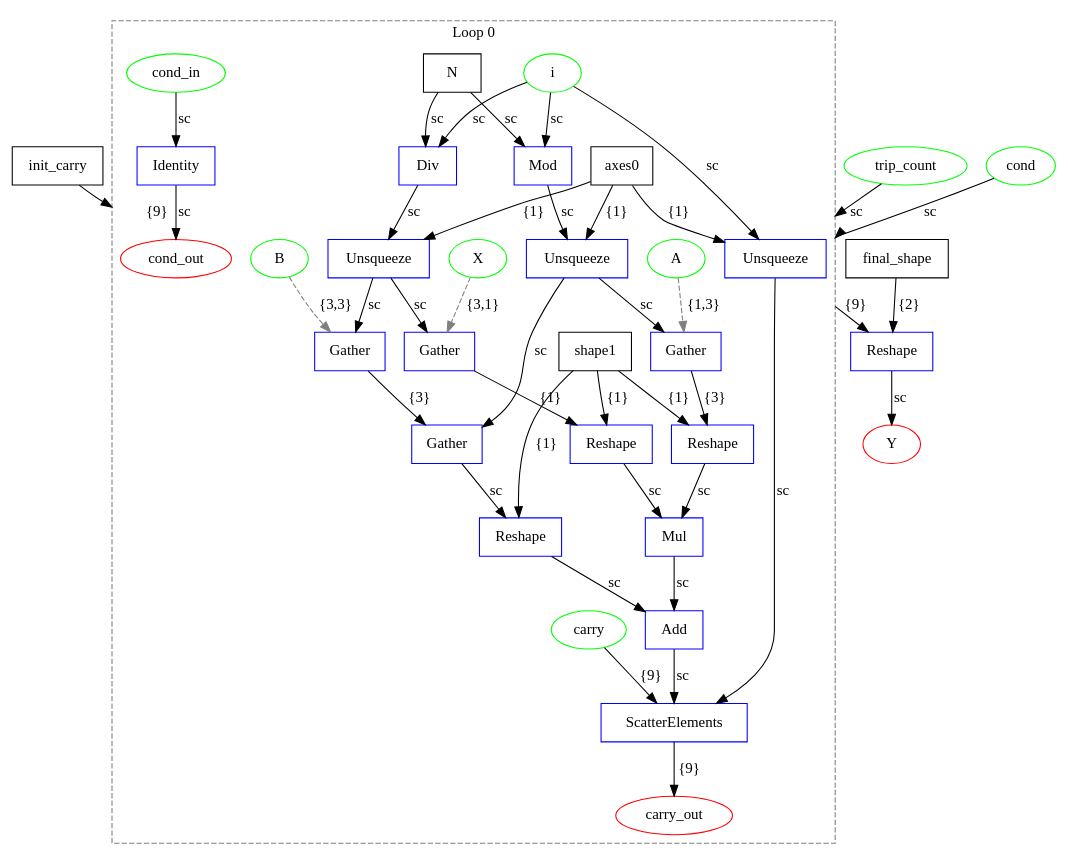
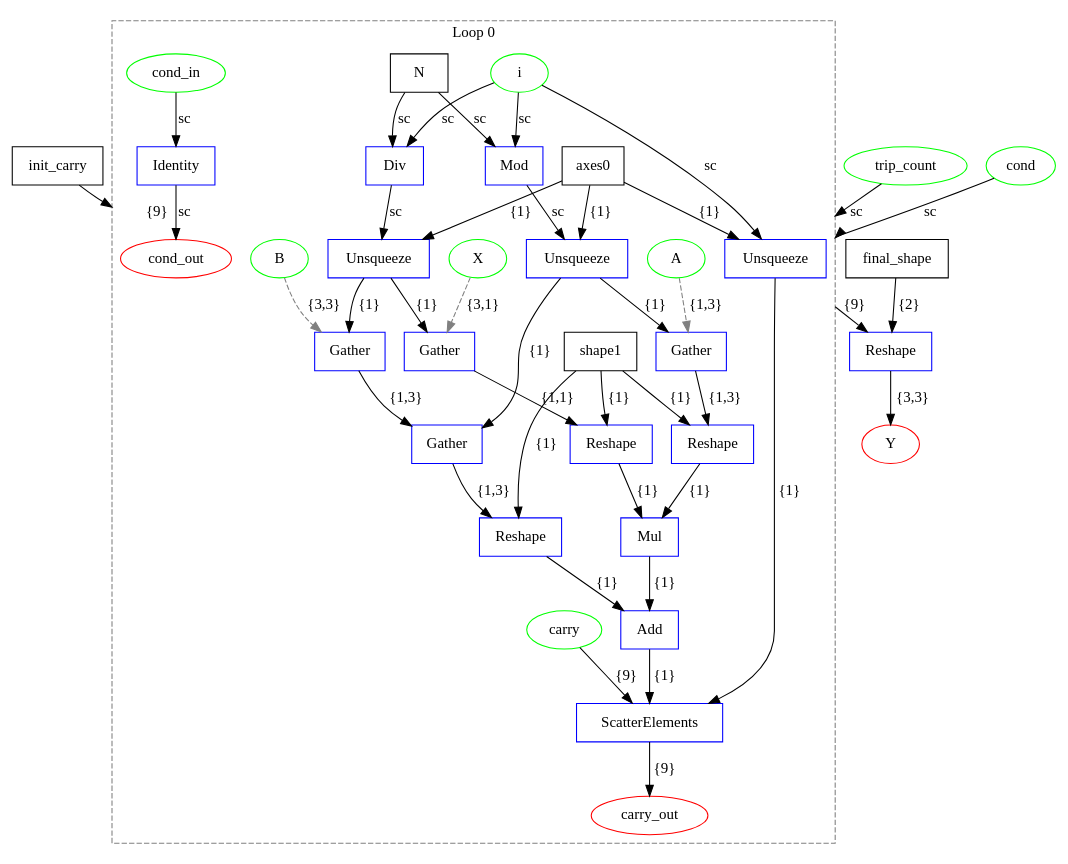
Before and after one commit to specs-feup/onnx-flow: the diagram in examples/onnx/matmul_add_decomposed.dot, drawn with Graphviz. The commit also changed 288 other files, not shown here.

```diff
--- a/examples/onnx/matmul_add_decomposed.dot
+++ b/examples/onnx/matmul_add_decomposed.dot
@@ -1,83 +1,83 @@
 digraph {
   graph [compound=true];
   init_carry [label=init_carry shape=box];
   final_shape [label=final_shape shape=box];
   X [label=X shape=ellipse color="#00FF00"];
   A [label=A shape=ellipse color="#00FF00"];
   B [label=B shape=ellipse color="#00FF00"];
   trip_count [label=trip_count shape=ellipse color="#00FF00"];
   cond [label=cond shape=ellipse color="#00FF00"];
   Y [label=Y shape=ellipse color="#FF0000"];
   subgraph cluster_loop_0 {
     graph [rankdir=LR compound=true];
     loop0_axes0 [label=axes0 shape=box];
     loop0_N [label=N shape=box];
     loop0_shape1 [label=shape1 shape=box];
     loop0_i [label=i shape=ellipse color="#00FF00"];
     loop0_cond_in [label=cond_in shape=ellipse color="#00FF00"];
     loop0_carry [label=carry shape=ellipse color="#00FF00"];
     loop0_cond_out [label=cond_out shape=ellipse color="#FF0000"];
     loop0_carry_out [label=carry_out shape=ellipse color="#FF0000"];
     loop0_0 [label=Unsqueeze shape=box color="#0000FF"];
-    loop0_0 -> loop0_14 [label=sc];
+    loop0_0 -> loop0_14 [label="{1}"];
     loop0_1 [label=Div shape=box color="#0000FF"];
     loop0_1 -> loop0_3 [label=sc];
     loop0_2 [label=Mod shape=box color="#0000FF"];
     loop0_2 -> loop0_4 [label=sc];
     loop0_3 [label=Unsqueeze shape=box color="#0000FF"];
-    loop0_3 -> loop0_5 [label=sc];
-    loop0_3 -> loop0_10 [label=sc];
+    loop0_3 -> loop0_5 [label="{1}"];
+    loop0_3 -> loop0_10 [label="{1}"];
     loop0_4 [label=Unsqueeze shape=box color="#0000FF"];
-    loop0_4 -> loop0_7 [label=sc];
-    loop0_4 -> loop0_11 [label=sc];
+    loop0_4 -> loop0_7 [label="{1}"];
+    loop0_4 -> loop0_11 [label="{1}"];
     loop0_5 [label=Gather shape=box color="#0000FF"];
-    loop0_5 -> loop0_6 [label="{1}"];
+    loop0_5 -> loop0_6 [label="{1,1}"];
     loop0_6 [label=Reshape shape=box color="#0000FF"];
-    loop0_6 -> loop0_9 [label=sc];
+    loop0_6 -> loop0_9 [label="{1}"];
     loop0_7 [label=Gather shape=box color="#0000FF"];
-    loop0_7 -> loop0_8 [label="{3}"];
+    loop0_7 -> loop0_8 [label="{1,3}"];
     loop0_8 [label=Reshape shape=box color="#0000FF"];
-    loop0_8 -> loop0_9 [label=sc];
+    loop0_8 -> loop0_9 [label="{1}"];
     loop0_9 [label=Mul shape=box color="#0000FF"];
-    loop0_9 -> loop0_13 [label=sc];
+    loop0_9 -> loop0_13 [label="{1}"];
     loop0_10 [label=Gather shape=box color="#0000FF"];
-    loop0_10 -> loop0_11 [label="{3}"];
+    loop0_10 -> loop0_11 [label="{1,3}"];
     loop0_11 [label=Gather shape=box color="#0000FF"];
-    loop0_11 -> loop0_12 [label=sc];
+    loop0_11 -> loop0_12 [label="{1,3}"];
     loop0_12 [label=Reshape shape=box color="#0000FF"];
-    loop0_12 -> loop0_13 [label=sc];
+    loop0_12 -> loop0_13 [label="{1}"];
     loop0_13 [label=Add shape=box color="#0000FF"];
-    loop0_13 -> loop0_14 [label=sc];
+    loop0_13 -> loop0_14 [label="{1}"];
     loop0_14 [label=ScatterElements shape=box color="#0000FF"];
     loop0_15 [label=Identity shape=box color="#0000FF"];
     loop0_i -> loop0_0 [label=sc];
     loop0_axes0 -> loop0_0 [label="{1}"];
     loop0_14 -> loop0_carry_out [label="{9}"];
     loop0_i -> loop0_1 [label=sc];
     loop0_N -> loop0_1 [label=sc];
     loop0_i -> loop0_2 [label=sc];
     loop0_N -> loop0_2 [label=sc];
     loop0_axes0 -> loop0_3 [label="{1}"];
     loop0_axes0 -> loop0_4 [label="{1}"];
     loop0_shape1 -> loop0_6 [label="{1}"];
     loop0_shape1 -> loop0_8 [label="{1}"];
     loop0_shape1 -> loop0_12 [label="{1}"];
     loop0_carry -> loop0_14 [label="{9}"];
     loop0_cond_in -> loop0_15 [label=sc];
     loop0_15 -> loop0_cond_out [label=sc];
     X -> loop0_5 [style=dashed color=gray label="{3,1}"];
     A -> loop0_7 [style=dashed color=gray label="{1,3}"];
     B -> loop0_10 [style=dashed color=gray label="{3,3}"];
     graph [label="Loop 0"];
     graph [style=dashed];
     graph [color=gray];
   }
 
   loop0_0 -> 1 [label="{9}" ltail=cluster_loop_0];
   1 [label=Reshape shape=box color="#0000FF"];
   trip_count -> loop0_0 [label=sc lhead=cluster_loop_0];
   cond -> loop0_0 [label=sc lhead=cluster_loop_0];
   init_carry -> loop0_0 [label="{9}" lhead=cluster_loop_0];
   final_shape -> 1 [label="{2}"];
-  1 -> Y [label=sc];
+  1 -> Y [label="{3,3}"];
 }
```
